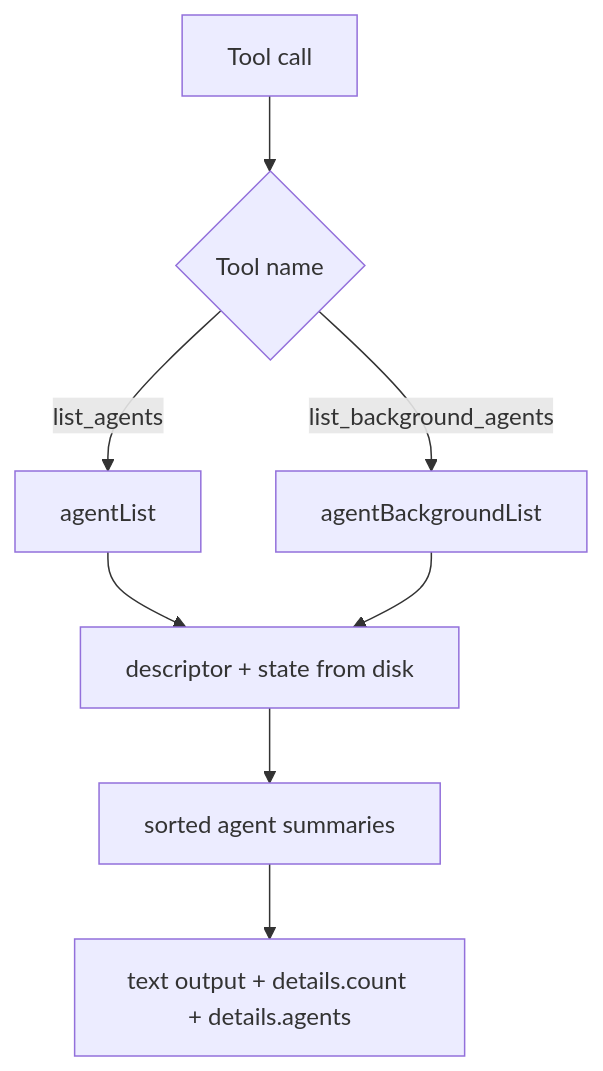
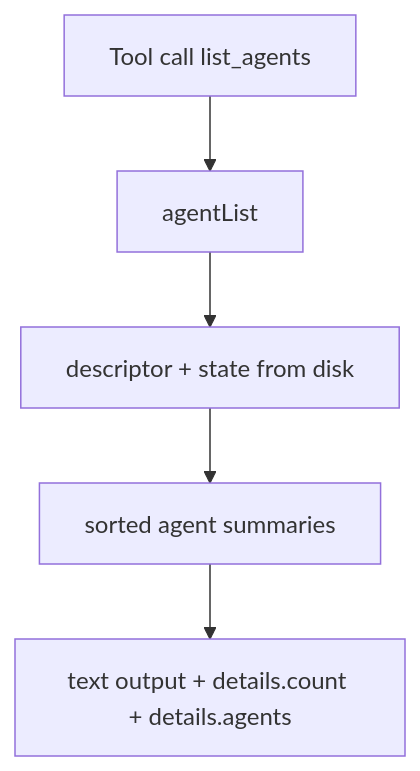
Before and after one commit to ex3ndr/daycare: the diagram in docs/agent-list-tools.md, drawn with Mermaid. The commit also changed other lines of this file and 3 other files, not shown here.

Commit message:
fix(engine): keep only list_agents tool

````diff
--- a/docs/agent-list-tools.md
+++ b/docs/agent-list-tools.md
@@ -10,10 +9,7 @@
 ```mermaid
 flowchart TD
-  A[Tool call] --> B{Tool name}
-  B -->|list_agents| C[agentList]
-  B -->|list_background_agents| D[agentBackgroundList]
-  C --> E[descriptor + state from disk]
-  D --> E
-  E --> F[sorted agent summaries]
-  F --> G[text output + details.count + details.agents]
+  A[Tool call list_agents] --> B[agentList]
+  B --> C[descriptor + state from disk]
+  C --> D[sorted agent summaries]
+  D --> E[text output + details.count + details.agents]
 ```
````
